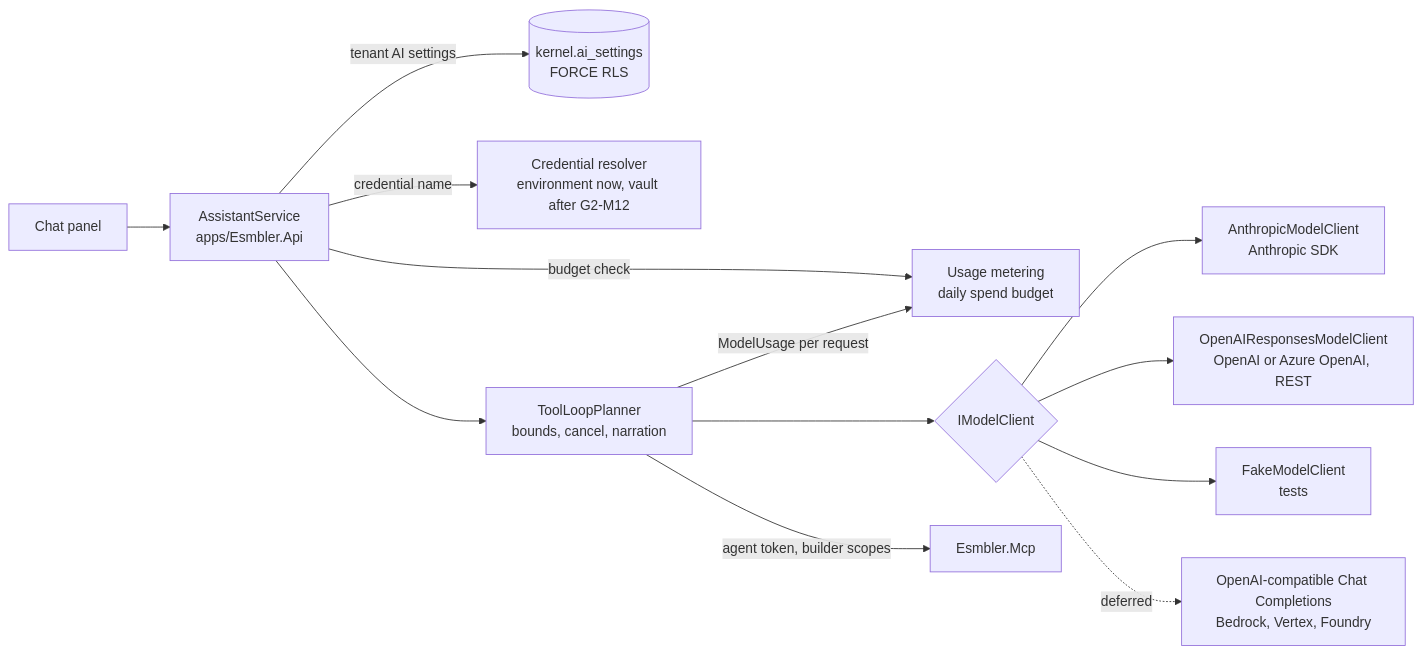
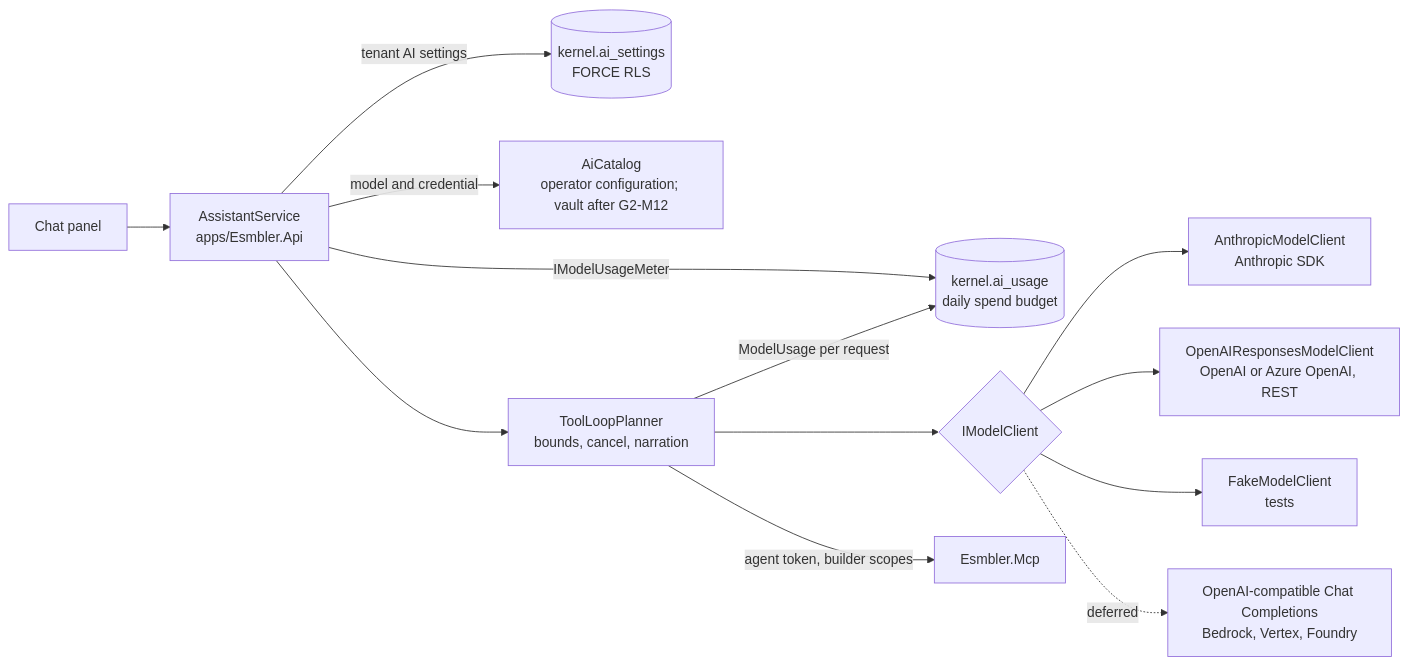
One commit to DeadEndGG/esmbler changed the diagram in docs/adr/0024-multiple-model-providers.md. Above: the diagram before and after it, drawn with Mermaid. The commit also changed other lines of this file and 15 other files, not shown here.

````diff
--- a/docs/adr/0024-multiple-model-providers.md
+++ b/docs/adr/0024-multiple-model-providers.md
@@ -107,15 +117,15 @@
 ```mermaid
 flowchart LR
     UI[Chat panel] --> AS[AssistantService<br/>apps/Esmbler.Api]
     AS -->|tenant AI settings| SET[(kernel.ai_settings<br/>FORCE RLS)]
-    AS -->|credential name| RES[Credential resolver<br/>environment now, vault after G2-M12]
-    AS -->|budget check| MET[Usage metering<br/>daily spend budget]
+    AS -->|model and credential| RES[AiCatalog<br/>operator configuration; vault after G2-M12]
+    AS -->|IModelUsageMeter| MET[(kernel.ai_usage<br/>daily spend budget)]
     AS --> LOOP[ToolLoopPlanner<br/>bounds, cancel, narration]
     LOOP --> MC{IModelClient}
     MC --> ANT[AnthropicModelClient<br/>Anthropic SDK]
     MC --> OAI[OpenAIResponsesModelClient<br/>OpenAI or Azure OpenAI, REST]
     MC --> FAKE[FakeModelClient<br/>tests]
     MC -.deferred.-> CMP[OpenAI-compatible Chat Completions<br/>Bedrock, Vertex, Foundry]
     LOOP -->|agent token, builder scopes| MCP[Esmbler.Mcp]
     LOOP -->|ModelUsage per request| MET
 ```
````
